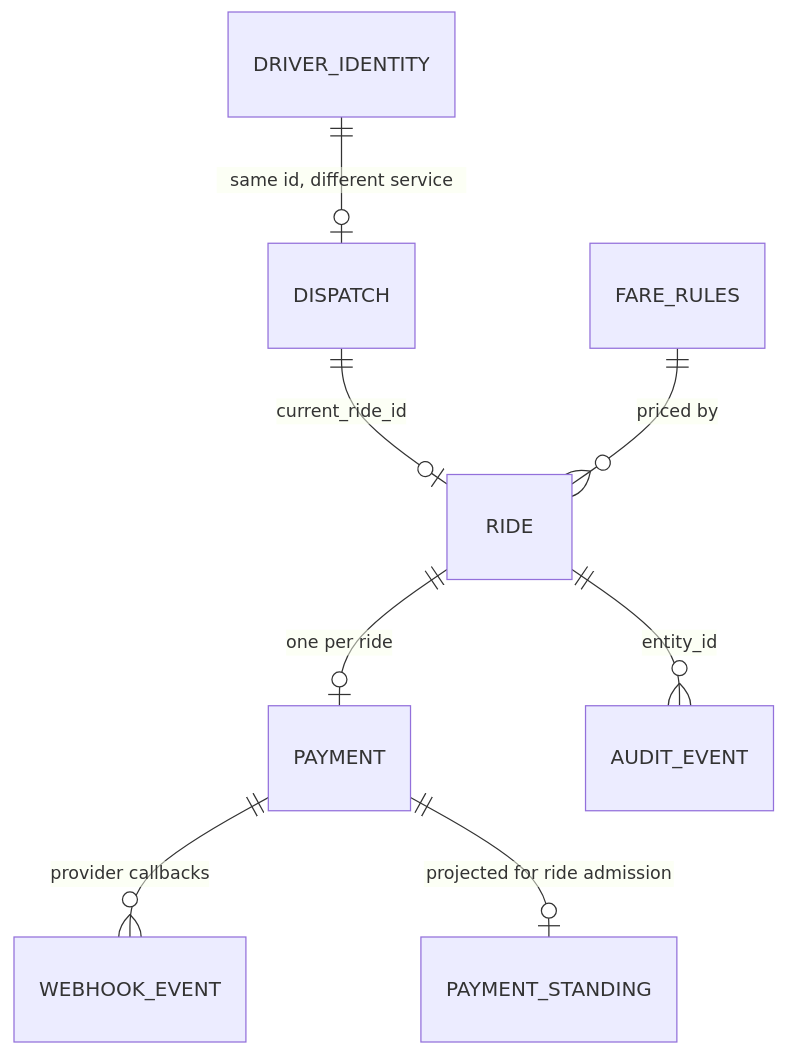
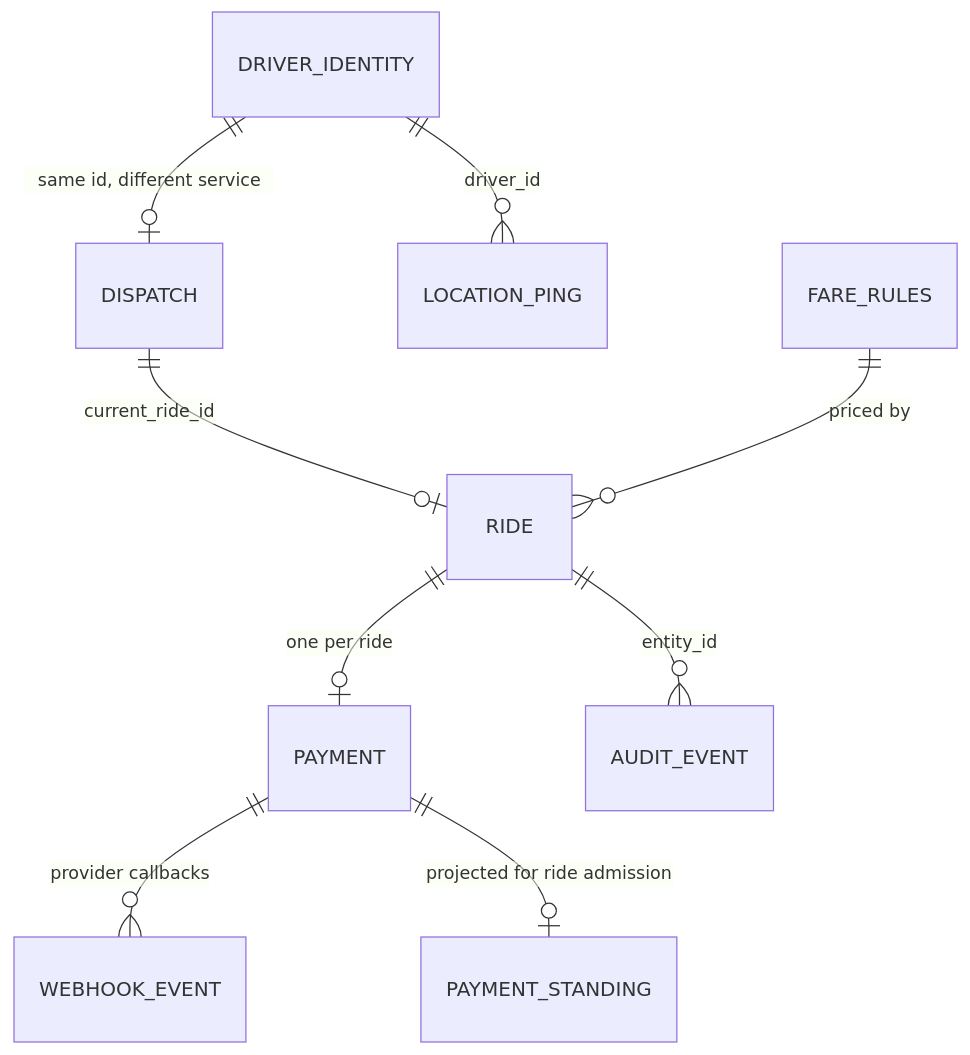
Before and after one commit to paulinxe/puber: the third of 4 diagrams in _bmad-output/planning-artifacts/architecture/architecture-puber-2026-08-03/ARCHITECTURE-SPINE.md, drawn with Mermaid. The commit also changed other lines of this file and 17 other files, not shown here.

````diff
--- a/_bmad-output/planning-artifacts/architecture/architecture-puber-2026-08-03/ARCHITECTURE-SPINE.md
+++ b/_bmad-output/planning-artifacts/architecture/architecture-puber-2026-08-03/ARCHITECTURE-SPINE.md
@@ -490,10 +504,11 @@
 ```mermaid
 erDiagram
   DRIVER_IDENTITY ||--o| DISPATCH : "same id, different service"
   DISPATCH ||--o| RIDE : "current_ride_id"
   RIDE ||--o| PAYMENT : "one per ride"
   RIDE ||--o{ AUDIT_EVENT : "entity_id"
+  DRIVER_IDENTITY ||--o{ LOCATION_PING : "driver_id"
   FARE_RULES ||--o{ RIDE : "priced by"
   PAYMENT ||--o{ WEBHOOK_EVENT : "provider callbacks"
   PAYMENT ||--o| PAYMENT_STANDING : "projected for ride admission"
 ```
````
